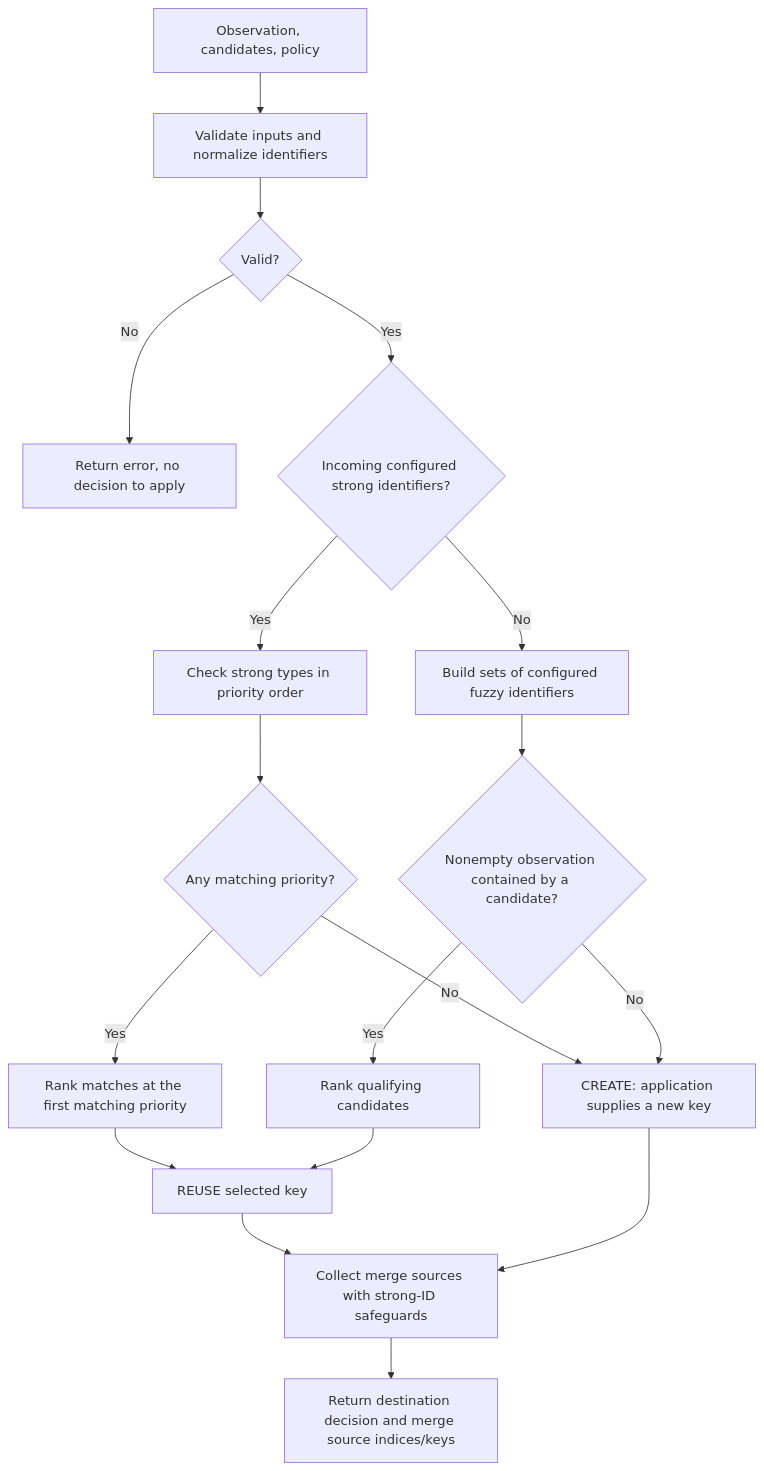
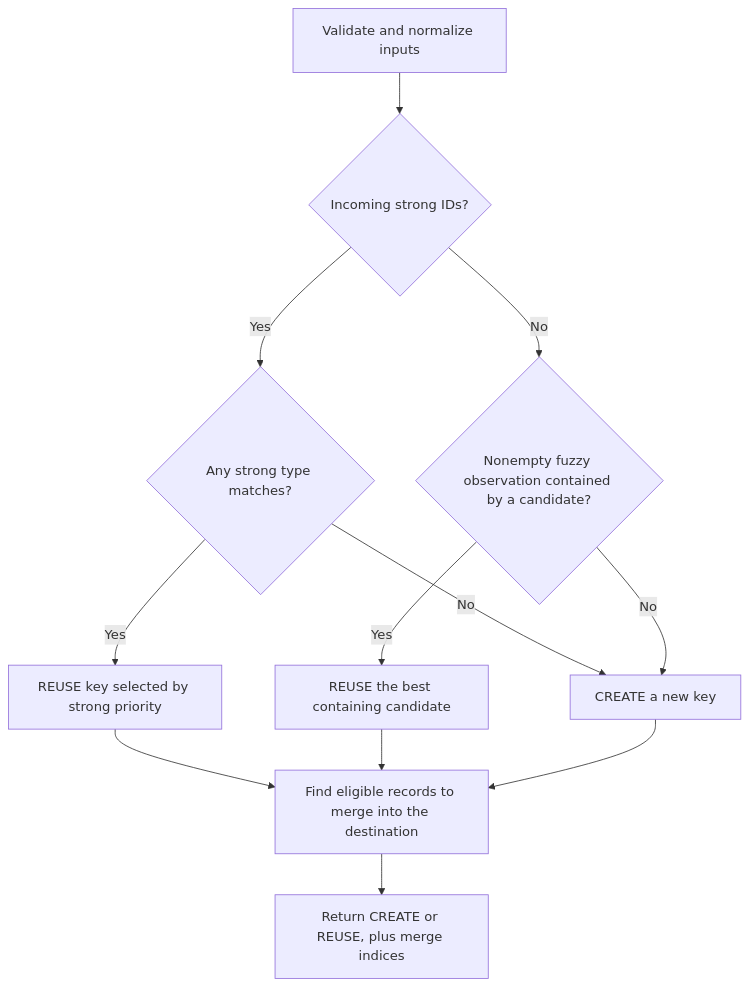
The diagram in docs/how-asset-identity-works.md (greenbone/asset-identity), drawn with Mermaid before and after one commit. The commit also changed other lines of this file and 13 other files, not shown here.

First line of the commit message:
change: simplify merge results to candidate indices

````diff
--- a/docs/how-asset-identity-works.md
+++ b/docs/how-asset-identity-works.md
@@ -129,20 +143,14 @@
 ```mermaid
 flowchart TD
-    A[Observation, candidates, policy] --> B[Validate inputs and normalize identifiers]
-    B --> C{Valid?}
-    C -- No --> E[Return error, no decision to apply]
-    C -- Yes --> D{Incoming configured strong identifiers?}
-    D -- Yes --> S[Check strong types in priority order]
-    S --> M{Any matching priority?}
-    M -- Yes --> R[Rank matches at the first matching priority]
-    R --> U[REUSE selected key]
-    M -- No --> N[CREATE: application supplies a new key]
-    D -- No --> F[Build sets of configured fuzzy identifiers]
-    F --> Q{Nonempty observation contained by a candidate?}
-    Q -- Yes --> T[Rank qualifying candidates]
-    T --> U
-    Q -- No --> N
-    U --> P[Collect merge sources with strong-ID safeguards]
-    N --> P
-    P --> Z[Return destination decision and merge source indices/keys]
+    A[Validate and normalize inputs] --> B{Incoming strong IDs?}
+    B -- Yes --> C{Any strong type matches?}
+    C -- Yes --> D[REUSE key selected by strong priority]
+    C -- No --> E[CREATE a new key]
+    B -- No --> F{Nonempty fuzzy observation contained by a candidate?}
+    F -- Yes --> G[REUSE the best containing candidate]
+    F -- No --> E
+    D --> H[Find eligible records to merge into the destination]
+    G --> H
+    E --> H
+    H --> I[Return CREATE or REUSE, plus merge indices]
 ```
````
